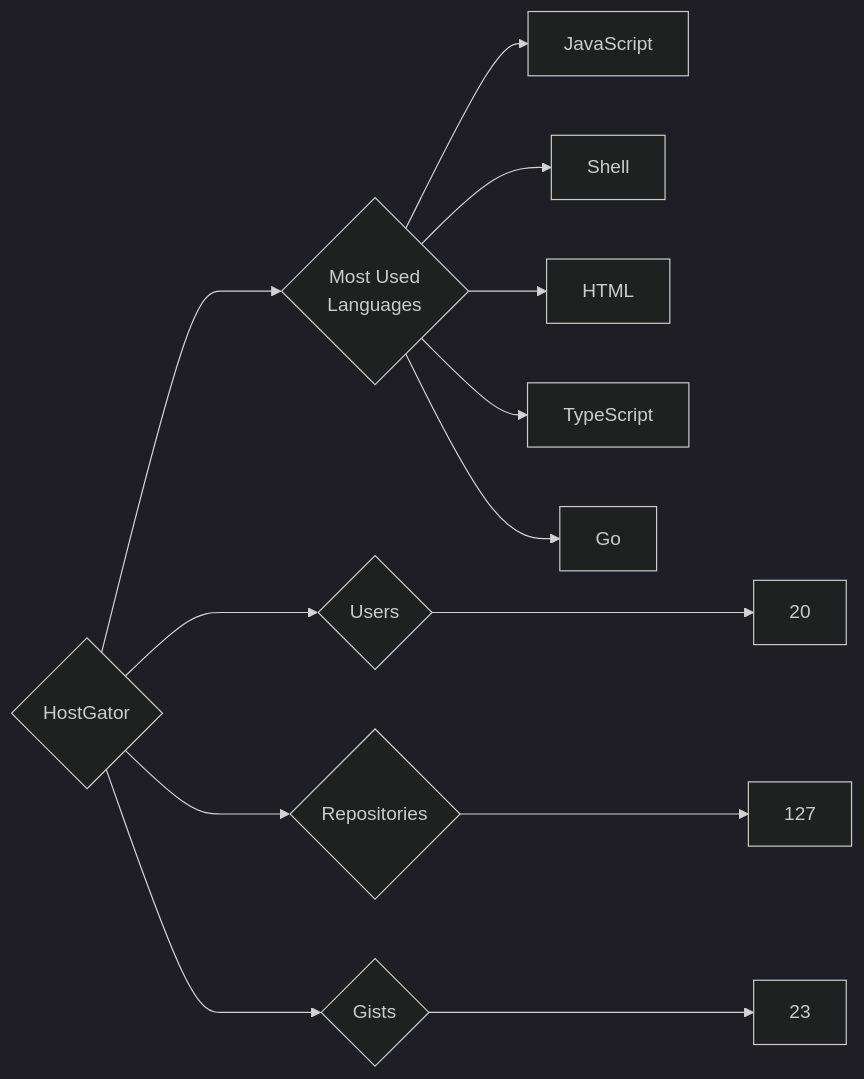
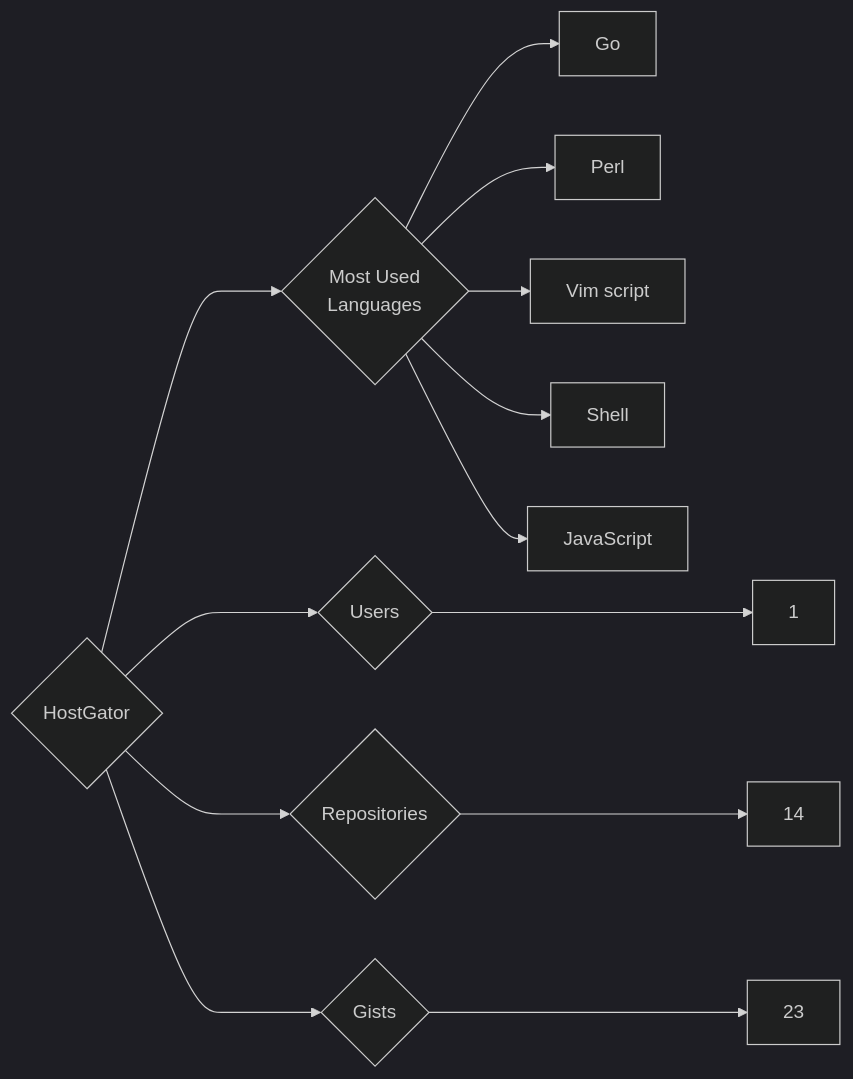
One commit to trickest/insiders changed the diagram in targets/HostGator/README.md. Above: the diagram before and after it, drawn with Mermaid (dark theme). The commit also changed 775 other files, not shown here.

````diff
--- a/targets/HostGator/README.md
+++ b/targets/HostGator/README.md
@@ -3,13 +3,13 @@
 ```mermaid
 graph LR
 COMPANY_NAME{HostGator}
-COMPANY_NAME ---> U{Users} ---> UN[20]
-COMPANY_NAME ---> R{Repositories} ---> RN[127]
+COMPANY_NAME ---> U{Users} ---> UN[1]
+COMPANY_NAME ---> R{Repositories} ---> RN[14]
 COMPANY_NAME ---> G{Gists} ---> GN[23]
 COMPANY_NAME ---> ML{Most Used<br>Languages}
+ML --> Go[Go]
+ML --> Perl[Perl]
+ML --> Vim_script[Vim script]
+ML --> Shell[Shell]
 ML --> JavaScript[JavaScript]
-ML --> Shell[Shell]
-ML --> HTML[HTML]
-ML --> TypeScript[TypeScript]
-ML --> Go[Go]
 ```
````
